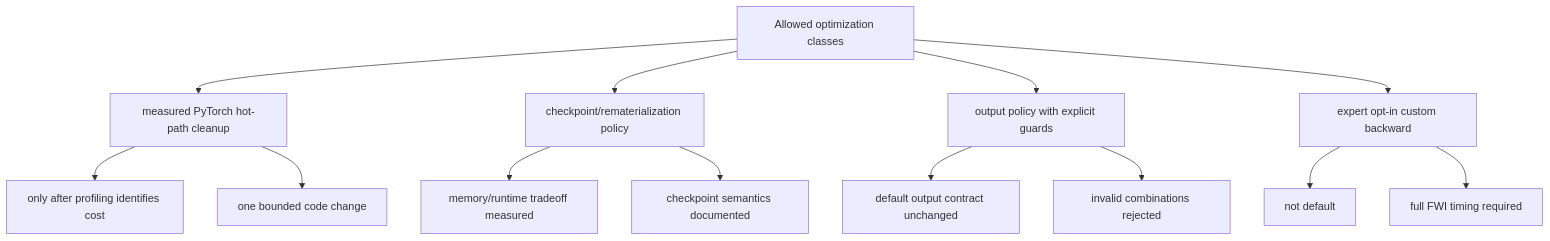
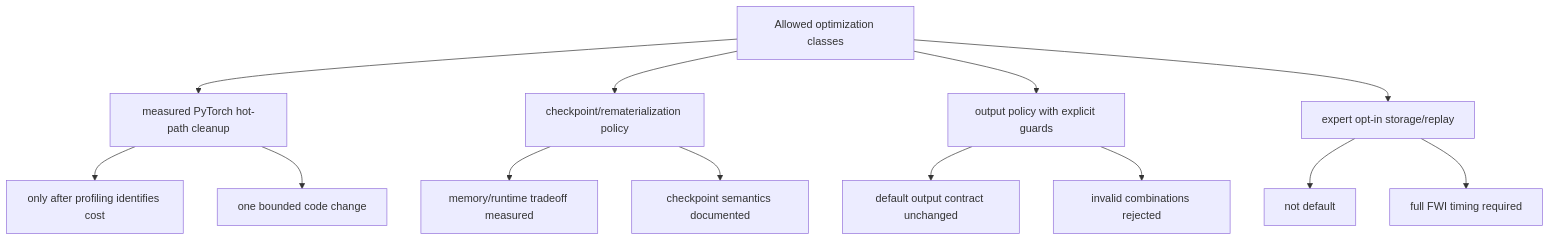
Before and after one commit to liufeng2317/ADFWI: the fifth of 6 diagrams in docs/version-plans/bv1.2-propagator-performance/00-propagator-performance-plan.md, drawn with Mermaid. The commit also changed other lines of this file and 15 other files, not shown here.

````diff
--- a/docs/version-plans/bv1.2-propagator-performance/00-propagator-performance-plan.md
+++ b/docs/version-plans/bv1.2-propagator-performance/00-propagator-performance-plan.md
@@ -157,17 +157,17 @@
 ```mermaid
 flowchart TD
     E["Allowed optimization classes"]
     E --> E1["measured PyTorch hot-path cleanup"]
     E --> E2["checkpoint/rematerialization policy"]
     E --> E3["output policy with explicit guards"]
-    E --> E4["expert opt-in custom backward"]
+    E --> E4["expert opt-in storage/replay"]
 
     E1 --> E11["only after profiling identifies cost"]
     E1 --> E12["one bounded code change"]
     E2 --> E21["memory/runtime tradeoff measured"]
     E2 --> E22["checkpoint semantics documented"]
     E3 --> E31["default output contract unchanged"]
     E3 --> E32["invalid combinations rejected"]
     E4 --> E41["not default"]
     E4 --> E42["full FWI timing required"]
 ```
````
